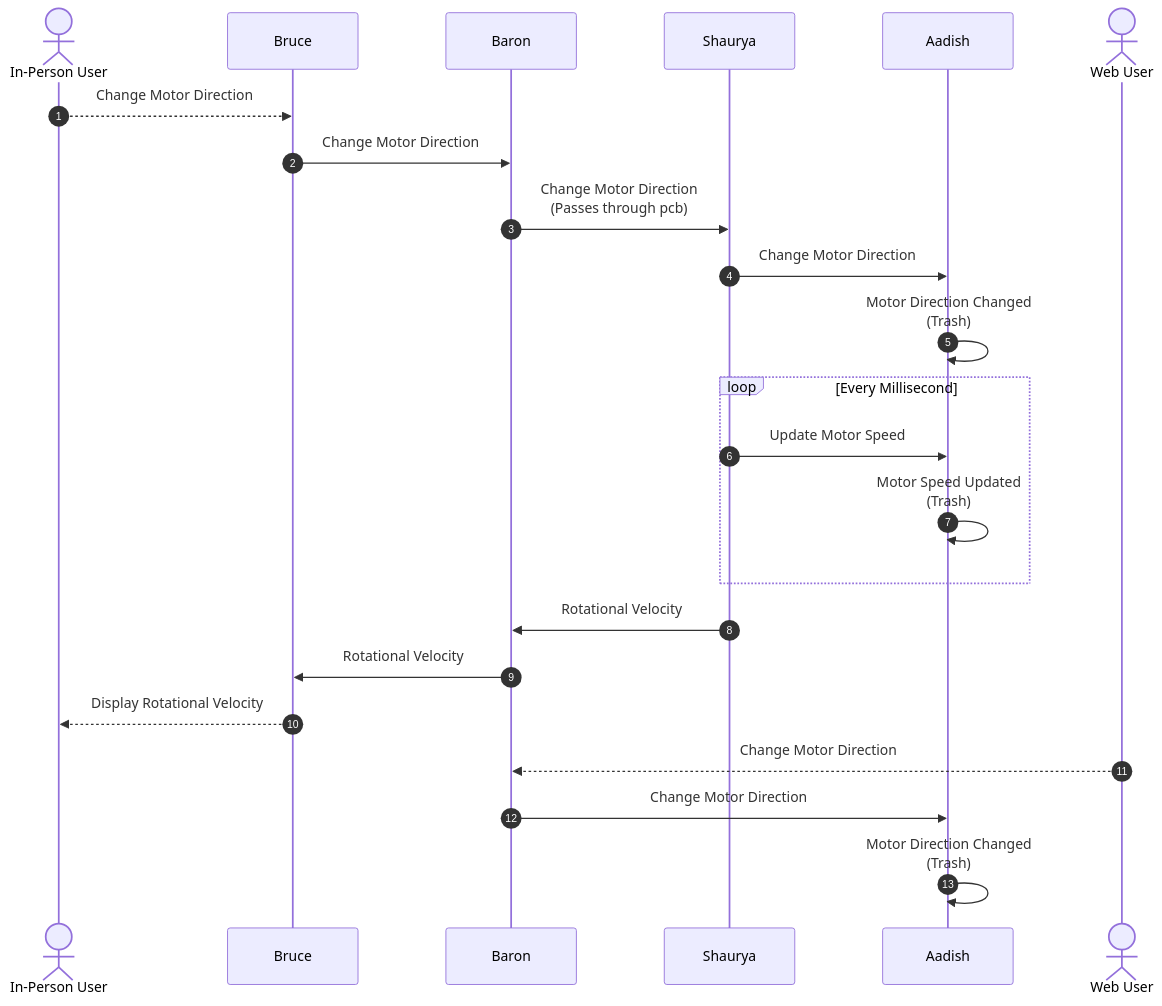
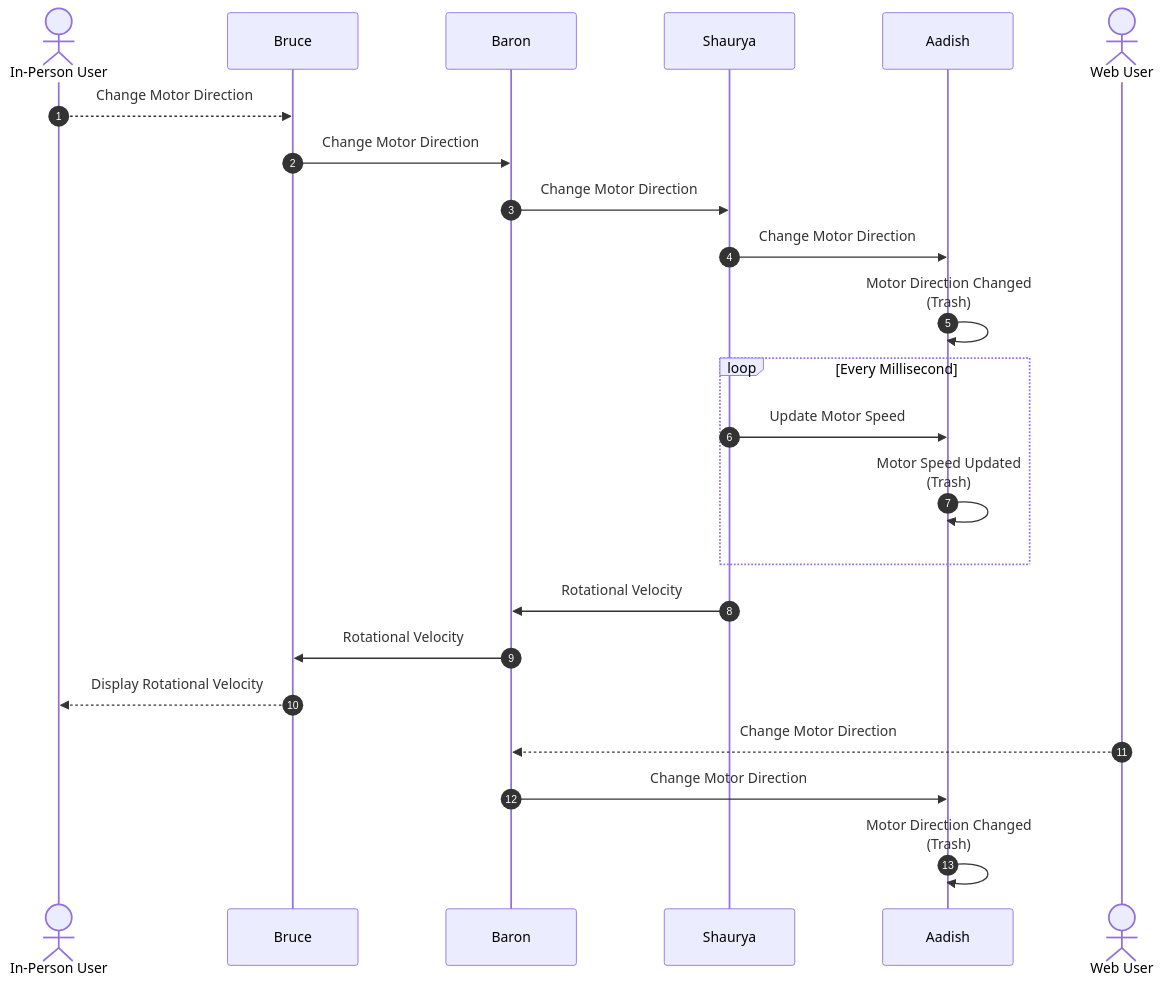
One commit to EGR314-2025-S-309B/EGR314-2025-S-309B.github.io changed the diagram in docs/Block-Diagram-Process-Diagram-Message-Structure.md. Above: the diagram before and after it, drawn with Mermaid. The commit also changed other lines of this file, not shown here.

````diff
--- a/docs/Block-Diagram-Process-Diagram-Message-Structure.md
+++ b/docs/Block-Diagram-Process-Diagram-Message-Structure.md
@@ -15,21 +17,21 @@
 ``` mermaid
 sequenceDiagram
 autonumber
 actor In-Person User
 In-Person User-->>Bruce: Change Motor Direction
 Bruce->>Baron: Change Motor Direction
-Baron->>Shaurya: Change Motor Direction<br>(Passes through pcb)
+Baron->>Shaurya: Change Motor Direction
 Shaurya->>Aadish: Change Motor Direction
 Aadish->>Aadish: Motor Direction Changed<br>(Trash)
 loop Every Millisecond
   Shaurya->>Aadish: Update Motor Speed
   Aadish->>Aadish: Motor Speed Updated<br>(Trash)
 end
 Shaurya->>Baron: Rotational Velocity
 Baron->>Bruce: Rotational Velocity
 Bruce-->>In-Person User: Display Rotational Velocity
 actor Web User
 Web User-->>Baron: Change Motor Direction
 Baron->>Aadish: Change Motor Direction
 Aadish->>Aadish: Motor Direction Changed<br>(Trash)
 ```
````
